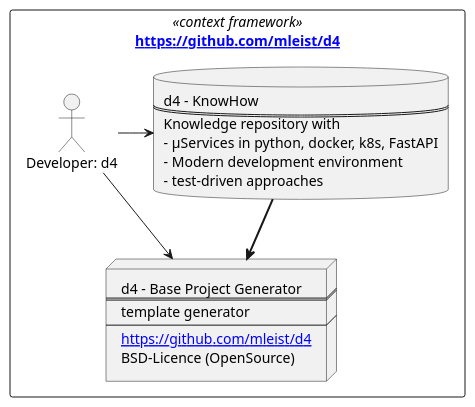
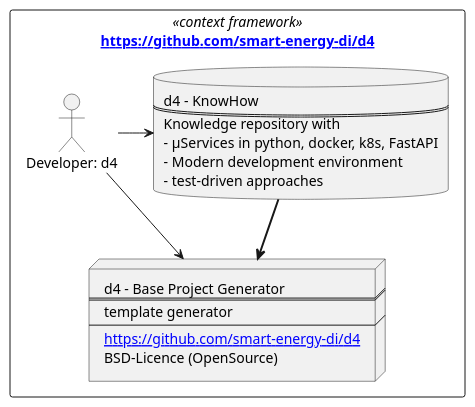
The diagram in docs/concepts/plantuml/include/context_framework.puml (smart-energy-di/d4), drawn with PlantUML before and after one commit. The commit also changed 2 other files, not shown here.

```diff
--- a/docs/concepts/plantuml/include/context_framework.puml
+++ b/docs/concepts/plantuml/include/context_framework.puml
@@ -1,31 +1,31 @@
 @startuml
 
-rectangle "[[https://github.com/mleist/d4]]" <<context framework>> as aaa {
+rectangle "[[https://github.com/smart-energy-di/d4]]" <<context framework>> as aaa {
     actor ctxframe_actor1 [
     Developer: d4
     ]
 
     database ctxframe_knowhow [
     d4 - KnowHow
     ====
     Knowledge repository with
     - µServices in python, docker, k8s, FastAPI
     - Modern development environment
     - test-driven approaches
     ]
 
     node ctxframe_d4 [
     d4 - Base Project Generator
     ====
     template generator
     ----
-    [[https://github.com/mleist/d4]]
+    [[https://github.com/smart-energy-di/d4]]
     BSD-Licence (OpenSource)
     ]
 
     ctxframe_knowhow -[bold]-> ctxframe_d4
     ctxframe_actor1 -> ctxframe_knowhow
     ctxframe_actor1 -> ctxframe_d4
 }
 
 @enduml
```
